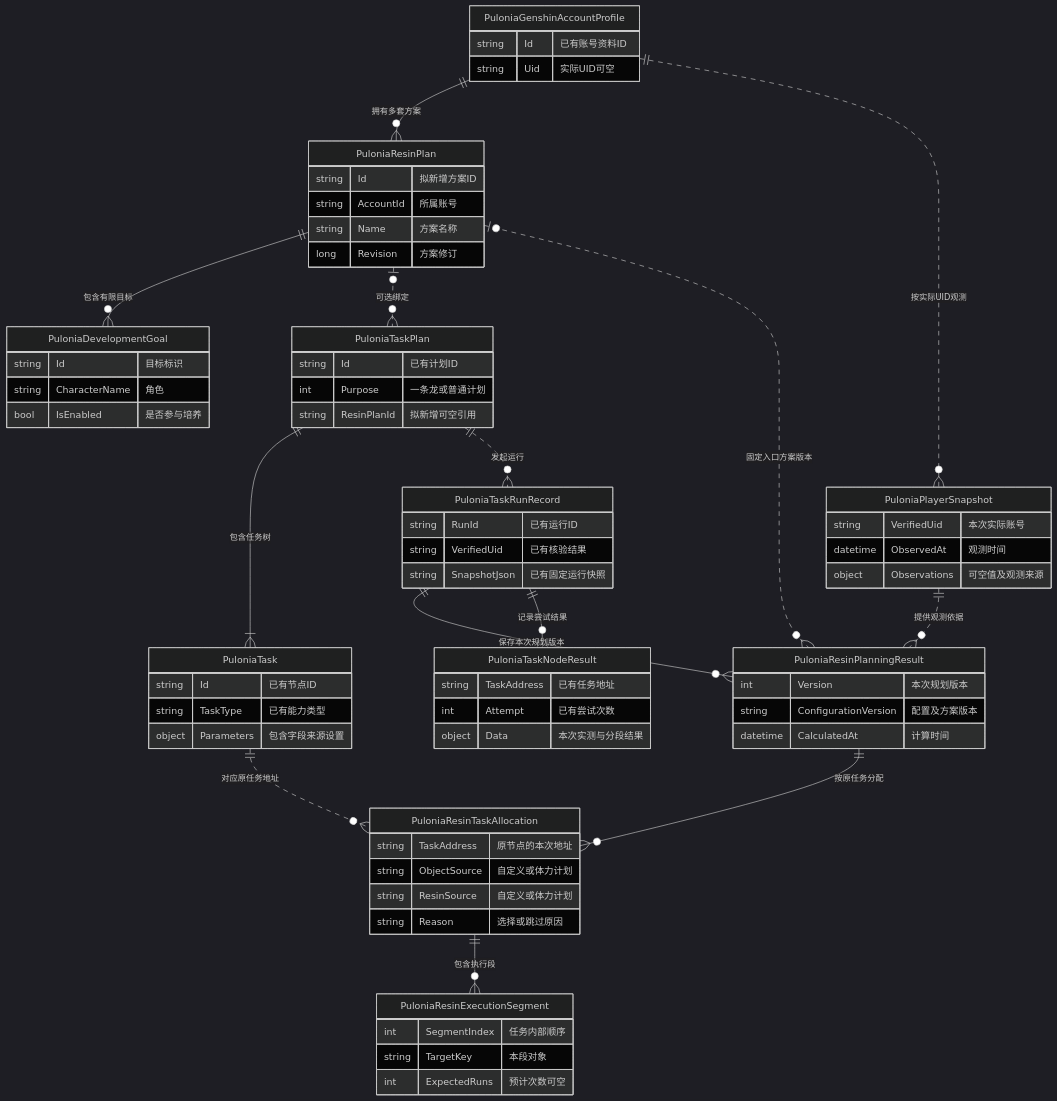
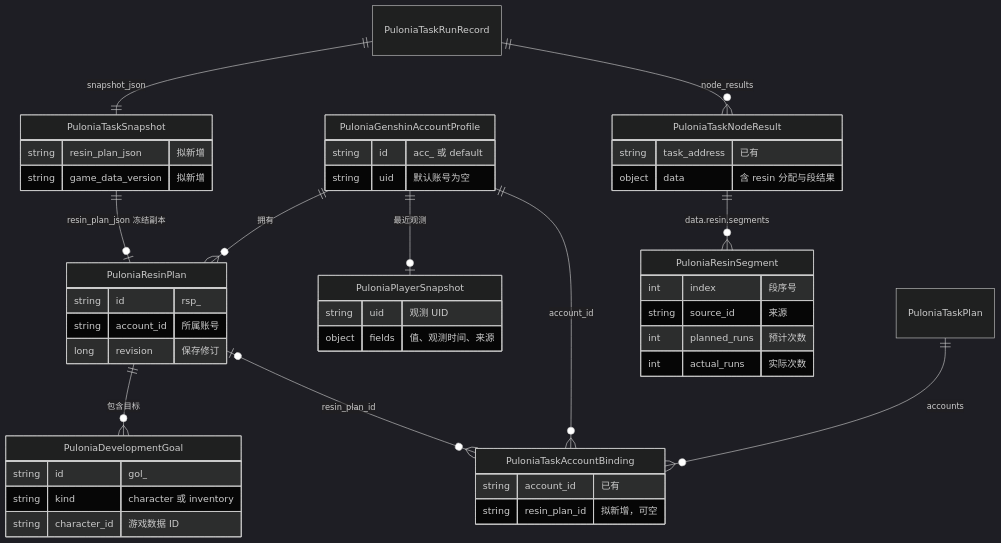
Before and after one commit to babalae/better-genshin-impact: the second of 4 diagrams in Docs/design/pulonia/proposals/resin-plan.md, drawn with Mermaid (dark theme). The commit also changed other lines of this file and 127 other files, not shown here.

````diff
--- a/Docs/design/pulonia/proposals/resin-plan.md
+++ b/Docs/design/pulonia/proposals/resin-plan.md
@@ -163,73 +269,49 @@
 ```mermaid
 erDiagram
-    PuloniaGenshinAccountProfile ||--o{ PuloniaResinPlan : "拥有多套方案"
-    PuloniaResinPlan ||--o{ PuloniaDevelopmentGoal : "包含有限目标"
-    PuloniaResinPlan o|..o{ PuloniaTaskPlan : "可选绑定"
-    PuloniaTaskPlan ||--|{ PuloniaTask : "包含任务树"
-    PuloniaGenshinAccountProfile ||..o{ PuloniaPlayerSnapshot : "按实际UID观测"
-    PuloniaTaskPlan ||..o{ PuloniaTaskRunRecord : "发起运行"
-    PuloniaTaskRunRecord ||--o{ PuloniaResinPlanningResult : "保存本次规划版本"
-    PuloniaResinPlan o|..o{ PuloniaResinPlanningResult : "固定入口方案版本"
-    PuloniaPlayerSnapshot ||..o{ PuloniaResinPlanningResult : "提供观测依据"
-    PuloniaResinPlanningResult ||--o{ PuloniaResinTaskAllocation : "按原任务分配"
-    PuloniaTask ||..o{ PuloniaResinTaskAllocation : "对应原任务地址"
-    PuloniaResinTaskAllocation ||--o{ PuloniaResinExecutionSegment : "包含执行段"
-    PuloniaTaskRunRecord ||--o{ PuloniaTaskNodeResult : "记录尝试结果"
-
+    PuloniaGenshinAccountProfile ||--o{ PuloniaResinPlan : "拥有"
+    PuloniaResinPlan ||--o{ PuloniaDevelopmentGoal : "包含目标"
+    PuloniaGenshinAccountProfile ||--o| PuloniaPlayerSnapshot : "最近观测"
+    PuloniaTaskPlan ||--o{ PuloniaTaskAccountBinding : "accounts"
+    PuloniaGenshinAccountProfile ||--o{ PuloniaTaskAccountBinding : "account_id"
+    PuloniaResinPlan o|--o{ PuloniaTaskAccountBinding : "resin_plan_id"
+    PuloniaTaskRunRecord ||--|| PuloniaTaskSnapshot : "snapshot_json"
+    PuloniaTaskSnapshot ||--o| PuloniaResinPlan : "resin_plan_json 冻结副本"
+    PuloniaTaskRunRecord ||--o{ PuloniaTaskNodeResult : "node_results"
+    PuloniaTaskNodeResult ||--o{ PuloniaResinSegment : "data.resin.segments"
     PuloniaGenshinAccountProfile {
-        string Id "已有账号资料ID"
-        string Uid "实际UID可空"
+        string id "acc_ 或 default"
+        string uid "默认账号为空"
     }
     PuloniaResinPlan {
-        string Id "拟新增方案ID"
-        string AccountId "所属账号"
-        string Name "方案名称"
-        long Revision "方案修订"
+        string id "rsp_"
+        string account_id "所属账号"
+        long revision "保存修订"
     }
     PuloniaDevelopmentGoal {
-        string Id "目标标识"
-        string CharacterName "角色"
-        bool IsEnabled "是否参与培养"
-    }
-    PuloniaTaskPlan {
-        string Id "已有计划ID"
-        int Purpose "一条龙或普通计划"
-        string ResinPlanId "拟新增可空引用"
-    }
-    PuloniaTask {
-        string Id "已有节点ID"
-        string TaskType "已有能力类型"
-        object Parameters "包含字段来源设置"
+        string id "gol_"
+        string kind "character 或 inventory"
+        string character_id "游戏数据 ID"
     }
     PuloniaPlayerSnapshot {
-        string VerifiedUid "本次实际账号"
-        datetime ObservedAt "观测时间"
-        object Observations "可空值及观测来源"
+        string uid "观测 UID"
+        object fields "值、观测时间、来源"
     }
-    PuloniaTaskRunRecord {
-        string RunId "已有运行ID"
-        string VerifiedUid "已有核验结果"
-        string SnapshotJson "已有固定运行快照"
+    PuloniaTaskAccountBinding {
+        string account_id "已有"
+        string resin_plan_id "拟新增，可空"
     }
-    PuloniaResinPlanningResult {
-        int Version "本次规划版本"
-        string ConfigurationVersion "配置及方案版本"
-        datetime CalculatedAt "计算时间"
-    }
-    PuloniaResinTaskAllocation {
-        string TaskAddress "原节点的本次地址"
-        string ObjectSource "自定义或体力计划"
-        string ResinSource "自定义或体力计划"
-        string Reason "选择或跳过原因"
-    }
-    PuloniaResinExecutionSegment {
-        int SegmentIndex "任务内部顺序"
-        string TargetKey "本段对象"
-        int ExpectedRuns "预计次数可空"
+    PuloniaTaskSnapshot {
+        string resin_plan_json "拟新增"
+        string game_data_version "拟新增"
     }
     PuloniaTaskNodeResult {
-        string TaskAddress "已有任务地址"
-        int Attempt "已有尝试次数"
-        object Data "本次实测与分段结果"
+        string task_address "已有"
+        object data "含 resin 分配与段结果"
+    }
+    PuloniaResinSegment {
+        int index "段序号"
+        string source_id "来源"
+        int planned_runs "预计次数"
+        int actual_runs "实际次数"
     }
 ```
````
